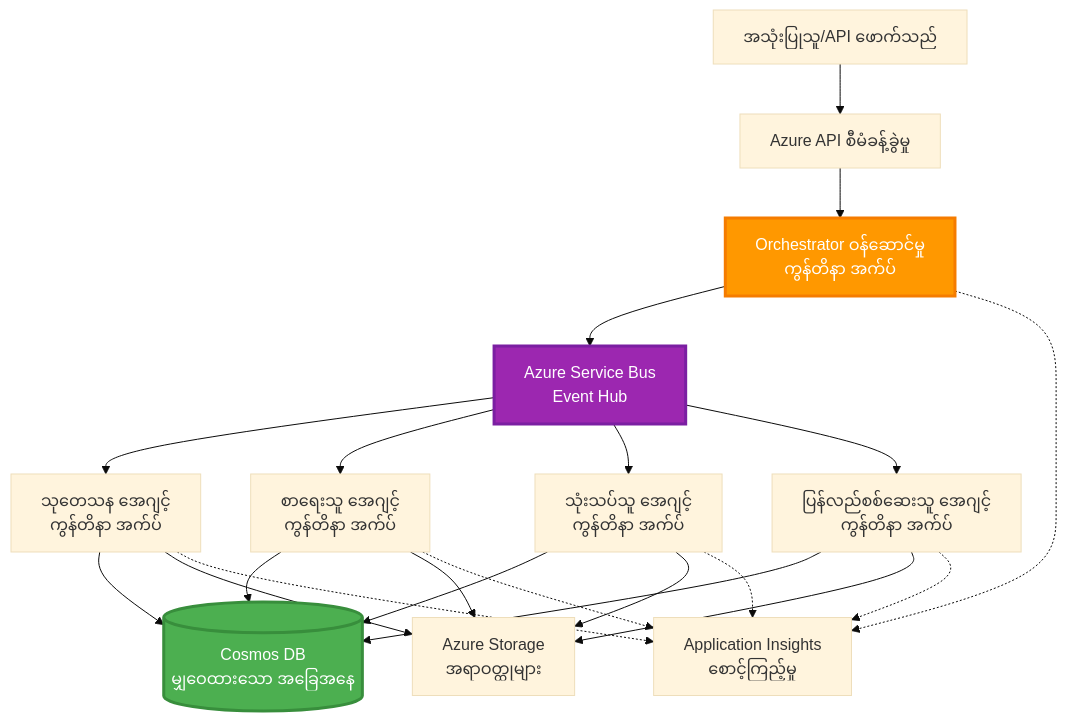
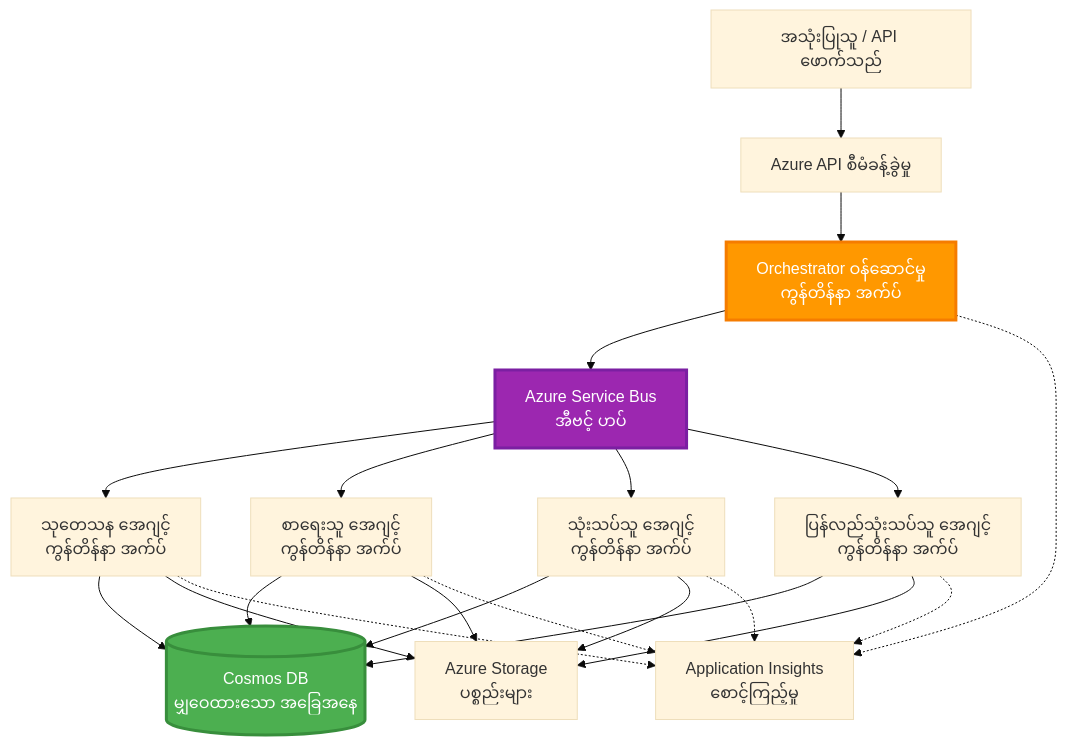
Before and after one commit to microsoft/AZD-for-beginners: the sixth of 6 diagrams in translations/my/docs/chapter-06-pre-deployment/coordination-patterns.md, drawn with Mermaid (base theme). The commit also changed other lines of this file and 101 other files, not shown here.

````diff
--- a/translations/my/docs/chapter-06-pre-deployment/coordination-patterns.md
+++ b/translations/my/docs/chapter-06-pre-deployment/coordination-patterns.md
@@ -271,45 +265,45 @@
 ```mermaid
 graph TB
-    User[အသုံးပြုသူ/API ဖောက်သည်]
+    User[အသုံးပြုသူ / API ဖောက်သည်]
     APIM[Azure API စီမံခန့်ခွဲမှု]
-    Orchestrator[Orchestrator ဝန်ဆောင်မှု<br/>ကွန်တိနာ အက်ပ်]
-    ServiceBus[Azure Service Bus<br/>Event Hub]
+    Orchestrator[Orchestrator ဝန်ဆောင်မှု<br/>ကွန်တိန်နာ အက်ပ်]
+    ServiceBus[Azure Service Bus<br/>အီဗင့် ဟပ်]
     
-    Agent1[သုတေသန အေဂျင့်<br/>ကွန်တိနာ အက်ပ်]
-    Agent2[စာရေးသူ အေဂျင့်<br/>ကွန်တိနာ အက်ပ်]
-    Agent3[သုံးသပ်သူ အေဂျင့်<br/>ကွန်တိနာ အက်ပ်]
-    Agent4[ပြန်လည်စစ်ဆေးသူ အေဂျင့်<br/>ကွန်တိနာ အက်ပ်]
+    Agent1[သုတေသန အေဂျင့်<br/>ကွန်တိန်နာ အက်ပ်]
+    Agent2[စာရေးသူ အေဂျင့်<br/>ကွန်တိန်နာ အက်ပ်]
+    Agent3[သုံးသပ်သူ အေဂျင့်<br/>ကွန်တိန်နာ အက်ပ်]
+    Agent4[ပြန်လည်သုံးသပ်သူ အေဂျင့်<br/>ကွန်တိန်နာ အက်ပ်]
     
     CosmosDB[(Cosmos DB<br/>မျှဝေထားသော အခြေအနေ)]
-    Storage[Azure Storage<br/>အရာဝတ္ထုများ]
+    Storage[Azure Storage<br/>ပစ္စည်းများ]
     AppInsights[Application Insights<br/>စောင့်ကြည့်မှု]
     
     User --> APIM
     APIM --> Orchestrator
     
     Orchestrator --> ServiceBus
     ServiceBus --> Agent1
     ServiceBus --> Agent2
     ServiceBus --> Agent3
     ServiceBus --> Agent4
     
     Agent1 --> CosmosDB
     Agent2 --> CosmosDB
     Agent3 --> CosmosDB
     Agent4 --> CosmosDB
     
     Agent1 --> Storage
     Agent2 --> Storage
     Agent3 --> Storage
     Agent4 --> Storage
     
     Orchestrator -.-> AppInsights
     Agent1 -.-> AppInsights
     Agent2 -.-> AppInsights
     Agent3 -.-> AppInsights
     Agent4 -.-> AppInsights
     
     style Orchestrator fill:#FF9800,stroke:#F57C00,stroke-width:3px,color:#fff
     style ServiceBus fill:#9C27B0,stroke:#7B1FA2,stroke-width:3px,color:#fff
     style CosmosDB fill:#4CAF50,stroke:#388E3C,stroke-width:3px,color:#fff
 ```
````
